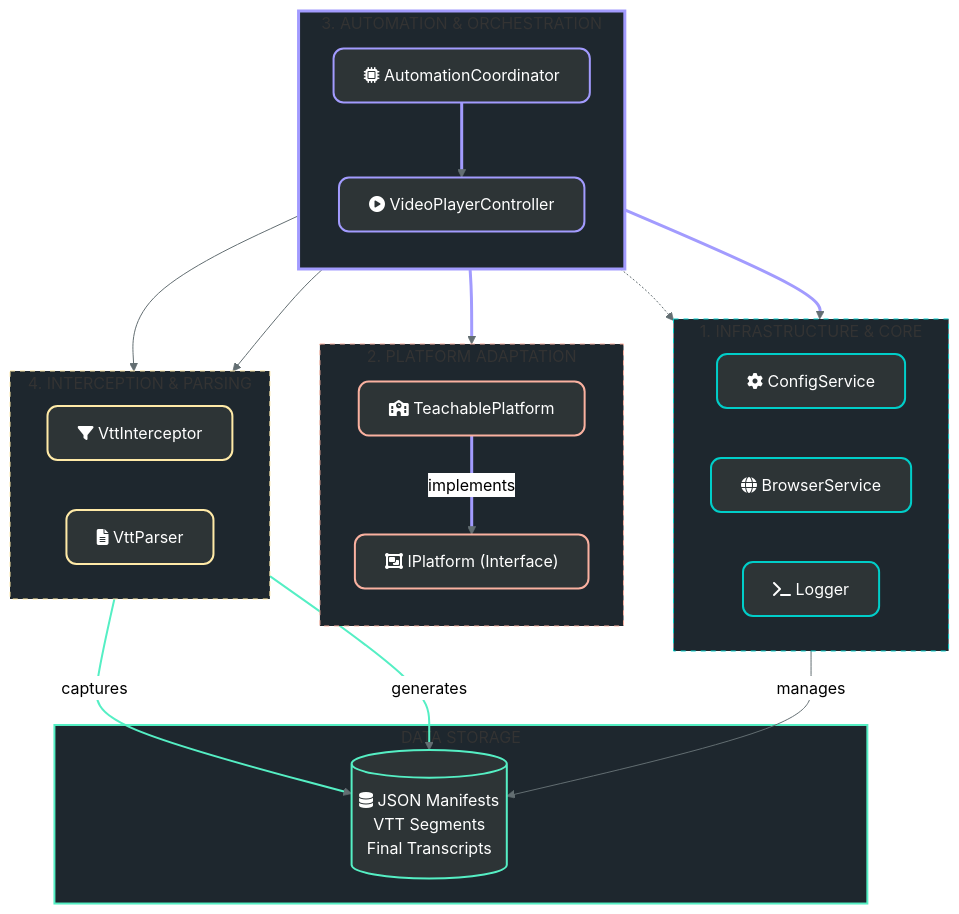
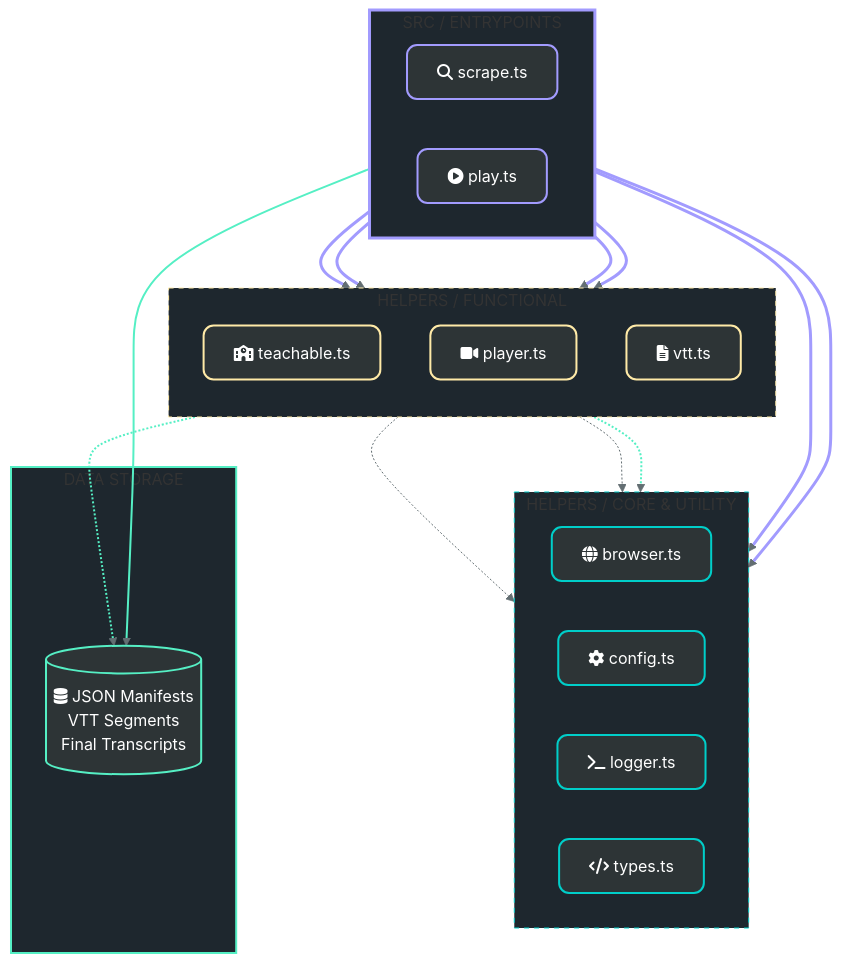
One commit to reobroqn/adrian-cantrill-transcripts changed the diagram in docs/architecture.md. Above: the diagram before and after it, drawn with Mermaid (neutral theme). The commit also changed other lines of this file and 29 other files, not shown here.

````diff
--- a/docs/architecture.md
+++ b/docs/architecture.md
@@ -5,65 +5,59 @@
 ```mermaid
 flowchart TD
     %% Global Styles
-    classDef infra fill:#2d3436,stroke:#00cec9,stroke-width:2px,color:#fff,rx:10,ry:10
-    classDef domain fill:#2d3436,stroke:#a29bfe,stroke-width:2px,color:#fff,rx:10,ry:10
-    classDef platform fill:#2d3436,stroke:#fab1a0,stroke-width:2px,color:#fff,rx:10,ry:10
-    classDef logic fill:#2d3436,stroke:#ffeaa7,stroke-width:2px,color:#fff,rx:10,ry:10
+    classDef entry fill:#2d3436,stroke:#a29bfe,stroke-width:2px,color:#fff,rx:10,ry:10
+    classDef module fill:#2d3436,stroke:#ffeaa7,stroke-width:2px,color:#fff,rx:10,ry:10
+    classDef utility fill:#2d3436,stroke:#00cec9,stroke-width:2px,color:#fff,rx:10,ry:10
     classDef data fill:#2d3436,stroke:#55efc4,stroke-width:2px,color:#fff,shape:cylinder
 
-    subgraph Layer1 [1. INFRASTRUCTURE & CORE]
+    subgraph Entrypoints [SRC / ENTRYPOINTS]
         direction LR
-        ConfigService["fa:fa-gear ConfigService"]:::infra
-        BrowserService["fa:fa-globe BrowserService"]:::infra
-        Logger["fa:fa-terminal Logger"]:::infra
+        Scrape["fa:fa-magnifying-glass scrape.ts"]:::entry
+        Play["fa:fa-play-circle play.ts"]:::entry
     end
 
-    subgraph Layer2 [2. PLATFORM ADAPTATION]
+    subgraph Logic [HELPERS / FUNCTIONAL]
         direction TB
-        IPlatform["fa:fa-object-group IPlatform (Interface)"]:::platform
-        TeachablePlatform["fa:fa-school TeachablePlatform"]:::platform
-        TeachablePlatform -- implements --> IPlatform
+        Teachable["fa:fa-school teachable.ts"]:::module
+        Player["fa:fa-video player.ts"]:::module
+        VTT["fa:fa-file-lines vtt.ts"]:::module
     end
 
-    subgraph Layer3 [3. AUTOMATION & ORCHESTRATION]
-        direction TB
-        AutomationCoordinator["fa:fa-microchip AutomationCoordinator"]:::domain
-        VideoPlayerController["fa:fa-play-circle VideoPlayerController"]:::domain
+    subgraph Core [HELPERS / CORE & UTILITY]
+        direction LR
+        Browser["fa:fa-globe browser.ts"]:::utility
+        Config["fa:fa-gear config.ts"]:::utility
+        Logger["fa:fa-terminal logger.ts"]:::utility
+        Types["fa:fa-code types.ts"]:::utility
     end
 
-    subgraph Layer4 [4. INTERCEPTION & PARSING]
-        direction LR
-        VttInterceptor["fa:fa-filter VttInterceptor"]:::logic
-        VttParser["fa:fa-file-lines VttParser"]:::logic
-    end
-
-    subgraph DB [DATA STORAGE]
+    subgraph Storage [DATA STORAGE]
         Files[("fa:fa-database JSON Manifests<br/>VTT Segments<br/>Final Transcripts")]:::data
     end
 
-    %% Dependencies & Flows
-    AutomationCoordinator ==> Layer1
-    AutomationCoordinator ==> Layer2
-     AutomationCoordinator ==> VideoPlayerController
+    %% Execution Flows
+    Scrape ==> Browser
+    Scrape ==> Teachable
+    Scrape --> Files
+
+    Play ==> Browser
+    Play ==> Teachable
+    Play ==> Player
+    Play ==> VTT
     
-    VideoPlayerController -.-> BrowserService
-    
-    AutomationCoordinator --> VttInterceptor
-    AutomationCoordinator --> VttParser
-
-    VttInterceptor -- captures --> Files
-    VttParser -- generates --> Files
-    ConfigService -- manages --> Files
+    Teachable -.-> Config
+    Player -.-> Logger
+    VTT -.-> Files
+    VTT -.-> Config
 
     %% Link Styling
     linkStyle default stroke:#636e72,stroke-width:1px,fill:none
-    linkStyle 0,1,2,3 stroke:#a29bfe,stroke-width:3px
-    linkStyle 7,8 stroke:#55efc4,stroke-width:2px
+    linkStyle 0,1,3,4,5,6 stroke:#a29bfe,stroke-width:3px
+    linkStyle 2,9,10 stroke:#55efc4,stroke-width:2px
 
     %% Subgraph Styling
-    style Layer1 fill:#1e272e,stroke:#00cec9,stroke-dasharray: 5 5
-    style Layer2 fill:#1e272e,stroke:#fab1a0,stroke-dasharray: 5 5
-    style Layer3 fill:#1e272e,stroke:#a29bfe,stroke-width:3px
-    style Layer4 fill:#1e272e,stroke:#ffeaa7,stroke-dasharray: 5 5
-    style DB fill:#1e272e,stroke:#55efc4,stroke-width:2px
+    style Entrypoints fill:#1e272e,stroke:#a29bfe,stroke-width:3px
+    style Logic fill:#1e272e,stroke:#ffeaa7,stroke-dasharray: 5 5
+    style Core fill:#1e272e,stroke:#00cec9,stroke-dasharray: 5 5
+    style Storage fill:#1e272e,stroke:#55efc4,stroke-width:2px
 ```
````
